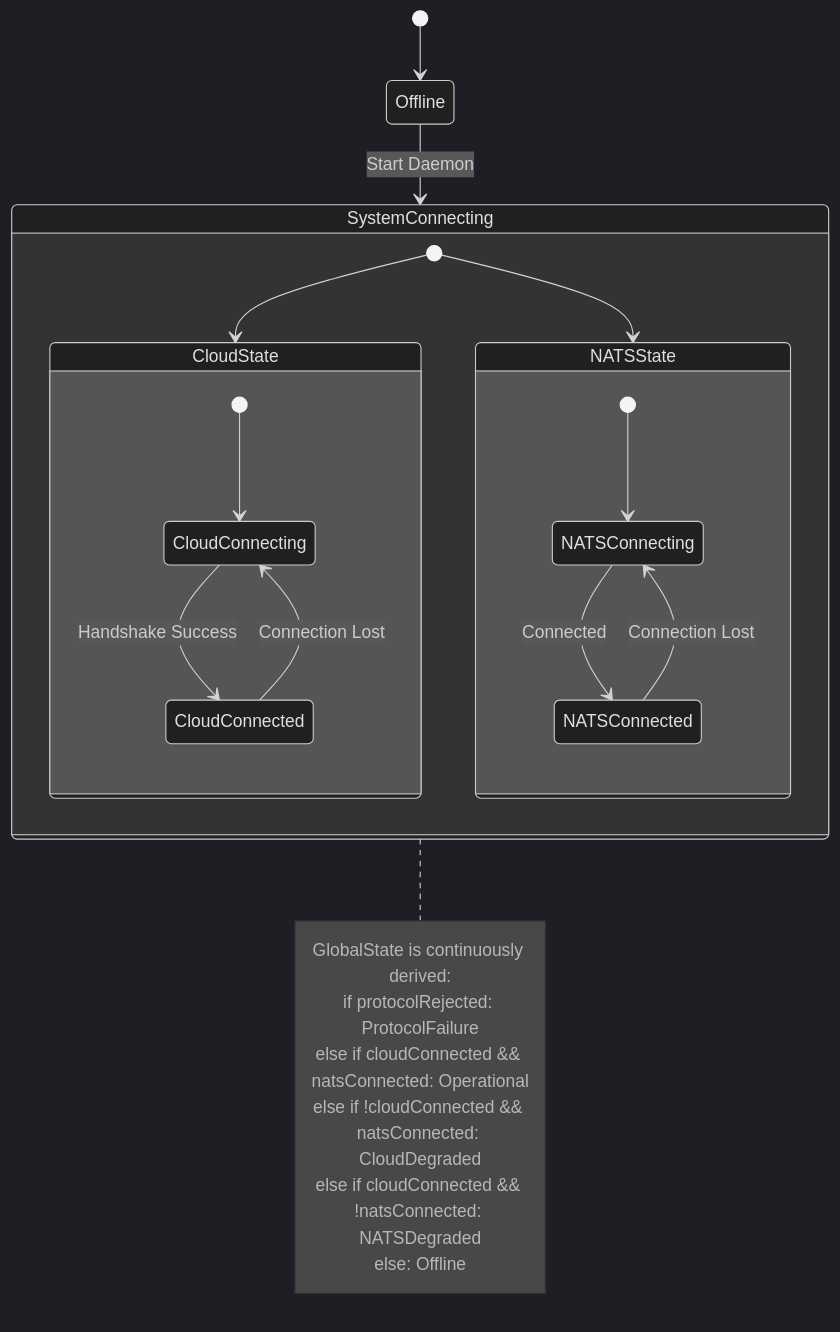
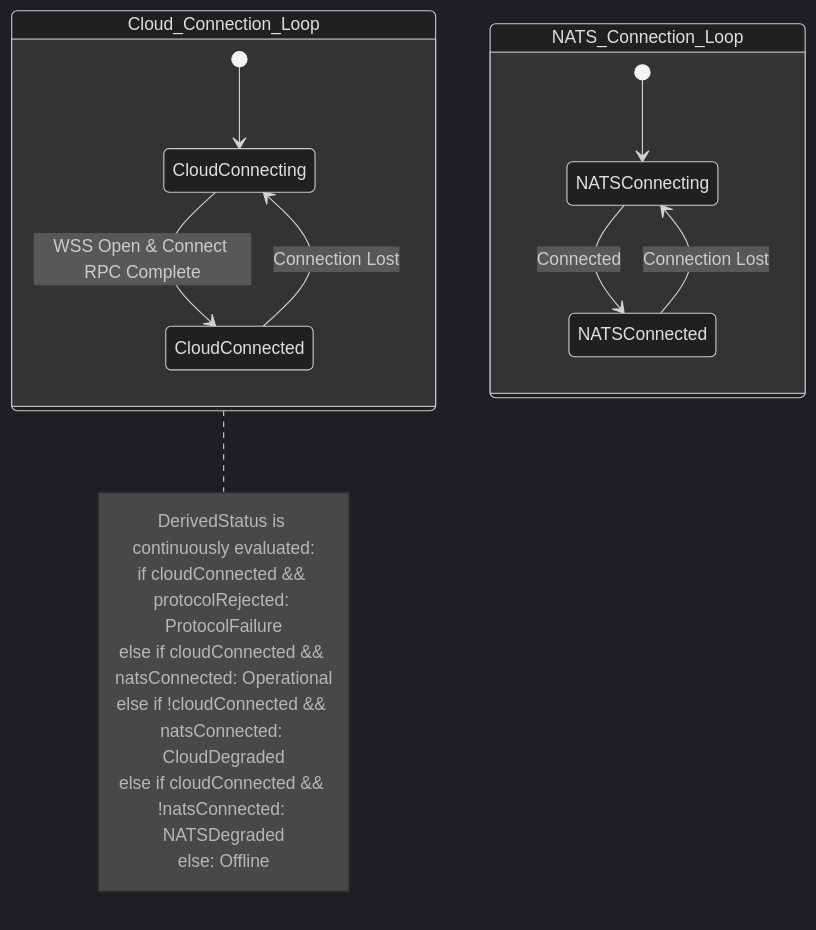
Before and after one commit to routerarchitects/TIP-olg-ucentral-client: the fifth of 5 diagrams in HIGH_LEVEL_DESIGN.md, drawn with Mermaid (dark theme). The commit also changed other lines of this file and 3 other files, not shown here.

````diff
--- a/HIGH_LEVEL_DESIGN.md
+++ b/HIGH_LEVEL_DESIGN.md
@@ -311,31 +311,23 @@
 ```mermaid
 stateDiagram-v2
-    [*] --> Offline
-    Offline --> SystemConnecting : Start Daemon
-    
-    state SystemConnecting {
-        [*] --> CloudState
-        [*] --> NATSState
-        
-        state CloudState {
-            [*] --> CloudConnecting
-            CloudConnecting --> CloudConnected : Handshake Success
-            CloudConnected --> CloudConnecting : Connection Lost
-        }
-        
-        state NATSState {
-            [*] --> NATSConnecting
-            NATSConnecting --> NATSConnected : Connected
-            NATSConnected --> NATSConnecting : Connection Lost
-        }
+    state Cloud_Connection_Loop {
+        [*] --> CloudConnecting
+        CloudConnecting --> CloudConnected : WSS Open & Connect RPC Complete
+        CloudConnected --> CloudConnecting : Connection Lost
     }
     
-    note right of SystemConnecting
-        GlobalState is continuously derived:
-        if protocolRejected: ProtocolFailure
+    state NATS_Connection_Loop {
+        [*] --> NATSConnecting
+        NATSConnecting --> NATSConnected : Connected
+        NATSConnected --> NATSConnecting : Connection Lost
+    }
+    
+    note right of Cloud_Connection_Loop
+        DerivedStatus is continuously evaluated:
+        if cloudConnected && protocolRejected: ProtocolFailure
         else if cloudConnected && natsConnected: Operational
         else if !cloudConnected && natsConnected: CloudDegraded
         else if cloudConnected && !natsConnected: NATSDegraded
         else: Offline
     end note
 ```
````
